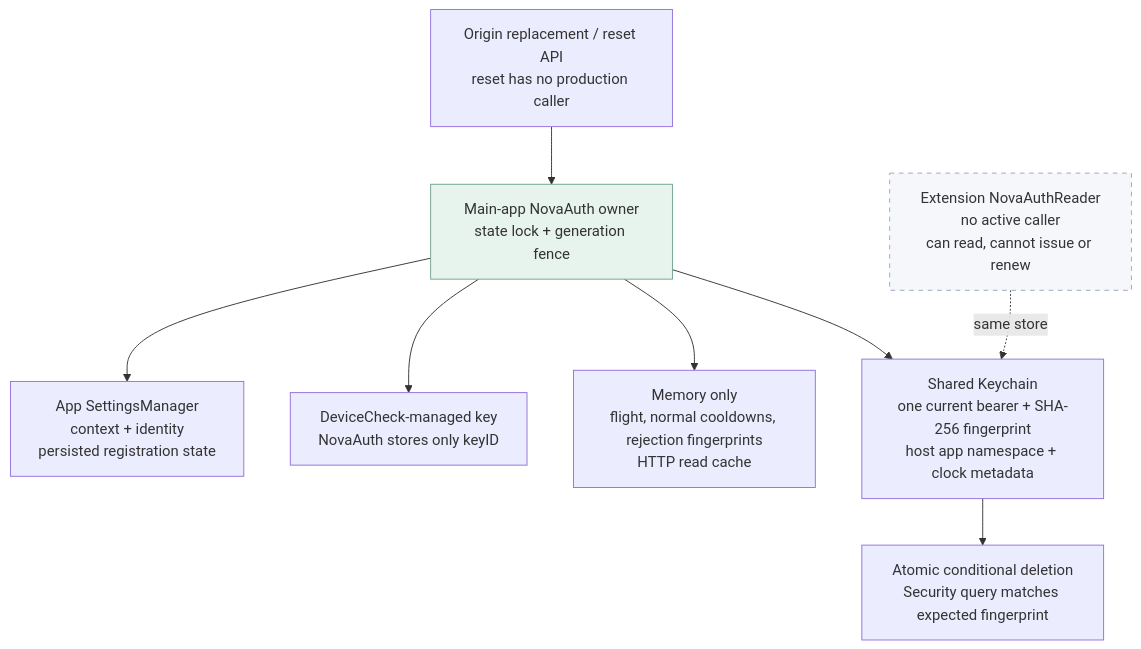
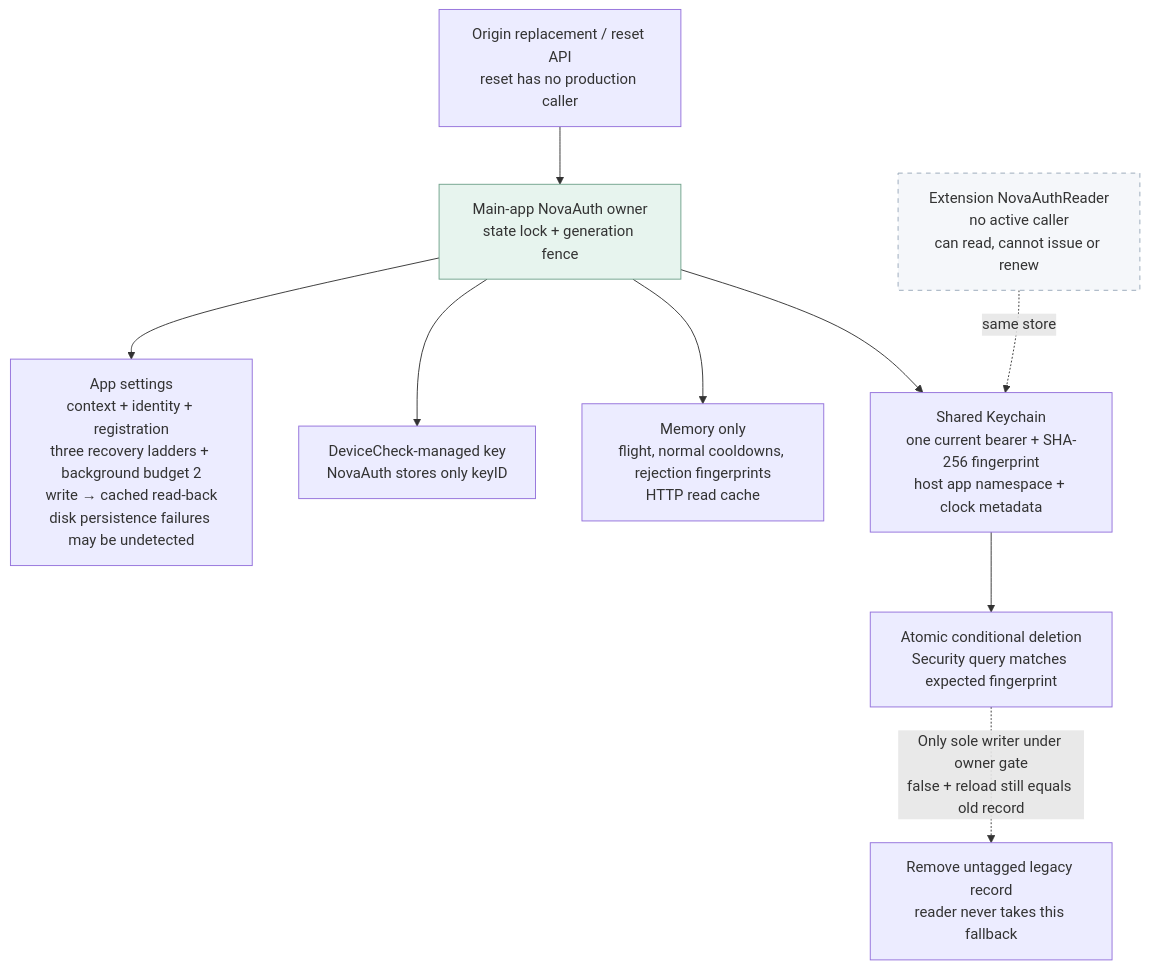
The seventh of 8 diagrams in .claude/docs/architecture/novaauth-client-diagrams.md (novasamatech/nova-wallet-ios), drawn with Mermaid before and after one commit. The commit also changed other lines of this file and 6 other files, not shown here.

````diff
--- a/.claude/docs/architecture/novaauth-client-diagrams.md
+++ b/.claude/docs/architecture/novaauth-client-diagrams.md
@@ -245,12 +290,13 @@
 ```mermaid
 flowchart TB
   RESET["Origin replacement / reset API<br/>reset has no production caller"] --> OWNER["Main-app NovaAuth owner<br/>state lock + generation fence"]
-  OWNER --> SETTINGS["App SettingsManager<br/>context + identity<br/>persisted registration state"]
+  OWNER --> SETTINGS["App settings<br/>context + identity + registration<br/>three recovery ladders + background budget 2<br/>write → cached read-back<br/>disk persistence failures may be undetected"]
   OWNER --> APPLE["DeviceCheck-managed key<br/>NovaAuth stores only keyID"]
   OWNER --> MEM["Memory only<br/>flight, normal cooldowns, rejection fingerprints<br/>HTTP read cache"]
   OWNER --> KC["Shared Keychain<br/>one current bearer + SHA-256 fingerprint<br/>host app namespace + clock metadata"]
   KC --> DELETE["Atomic conditional deletion<br/>Security query matches expected fingerprint"]
+  DELETE -. "Only sole writer under owner gate<br/>false + reload still equals old record" .-> LEGACY["Remove untagged legacy record<br/>reader never takes this fallback"]
   READER["Extension NovaAuthReader<br/>no active caller<br/>can read, cannot issue or renew"] -. "same store" .-> KC
   style OWNER fill:#e7f4ee,stroke:#70a28b
   style READER fill:#f5f7fa,stroke:#98a8ba,stroke-dasharray:5 5
 ```
````
